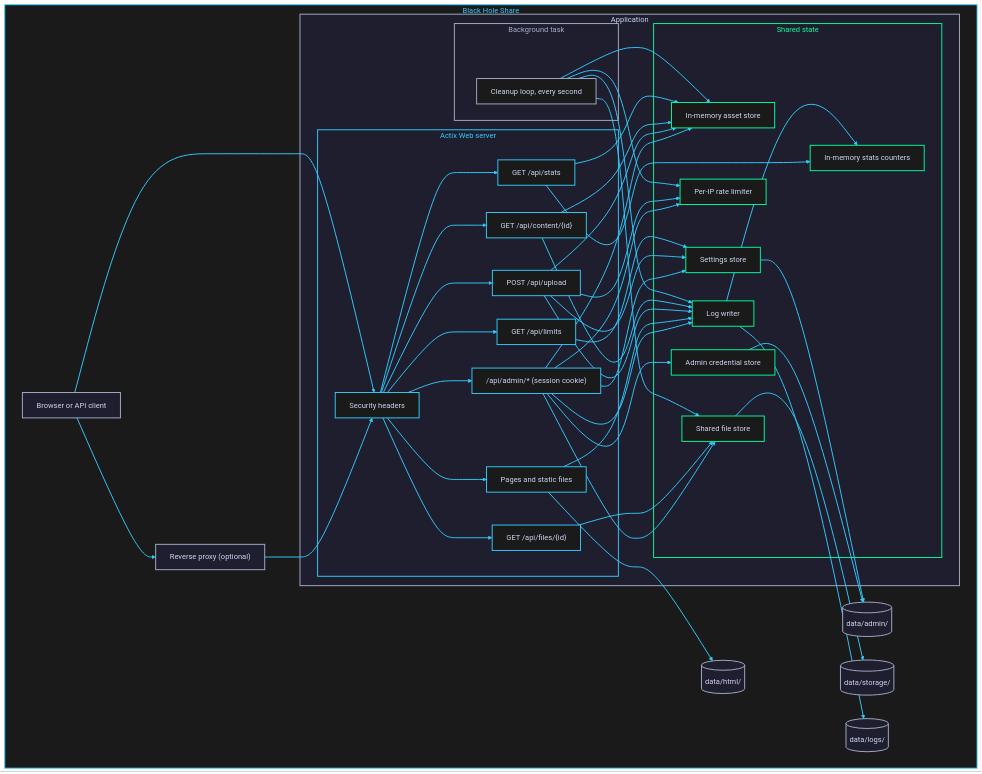
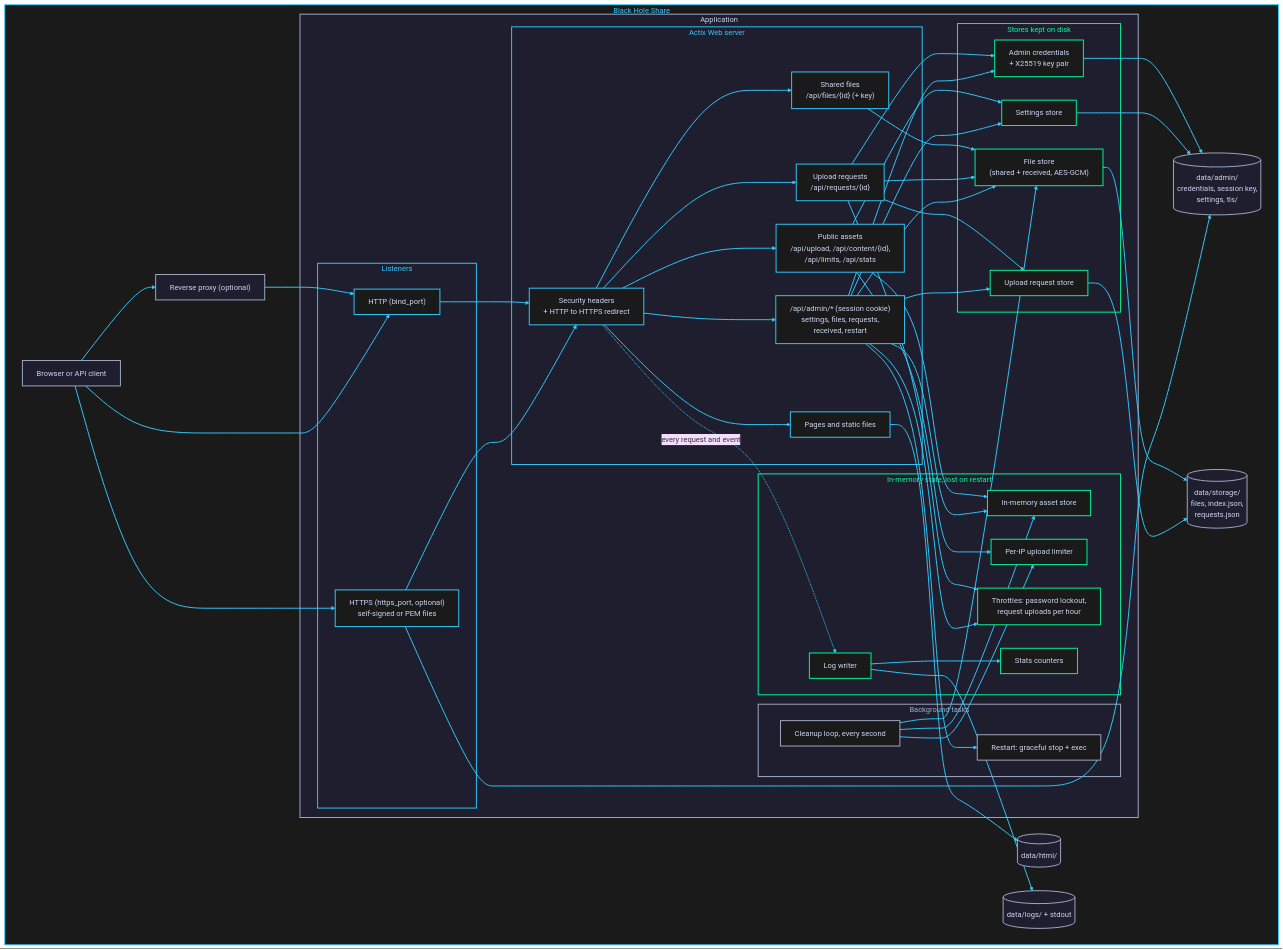
One commit to icsboyx/black_hole_share changed the diagram in docs/block-diagram.md. Above: the diagram before and after it, drawn with Mermaid. The commit also changed other lines of this file and 5 other files, not shown here.

First line of the commit message:
Enhance documentation and add new admin and API sections

````diff
--- a/docs/block-diagram.md
+++ b/docs/block-diagram.md
@@ -7,82 +9,91 @@
         Client["Browser or API client"]
         Proxy["Reverse proxy (optional)"]
         HtmlFiles[("data/html/")]
-        LogFiles[("data/logs/")]
-        AdminFiles[("data/admin/")]
-        StorageFiles[("data/storage/")]
+        LogFiles[("data/logs/ + stdout")]
+        AdminFiles[("data/admin/<br/>credentials, session key,<br/>settings, tls/")]
+        StorageFiles[("data/storage/<br/>files, index.json,<br/>requests.json")]
 
         subgraph Process["Application"]
-            subgraph Web["Actix Web server"]
-                Headers["Security headers"]
-                Pages["Pages and static files"]
-                Upload["POST /api/upload"]
-                Content["GET /api/content/{id}"]
-                Stats["GET /api/stats"]
-                Limits["GET /api/limits"]
-                FileApi["GET /api/files/{id}"]
-                Admin["/api/admin/* (session cookie)"]
+            subgraph Listeners["Listeners"]
+                Http["HTTP (bind_port)"]
+                Https["HTTPS (https_port, optional)<br/>self-signed or PEM files"]
             end
 
-            subgraph Background["Background task"]
-                Cleanup["Cleanup loop, every second"]
+            subgraph Web["Actix Web server"]
+                Headers["Security headers<br/>+ HTTP to HTTPS redirect"]
+                Pages["Pages and static files"]
+                PublicApi["Public assets<br/>/api/upload, /api/content/{id},<br/>/api/limits, /api/stats"]
+                FileApi["Shared files<br/>/api/files/{id} (+ key)"]
+                RequestApi["Upload requests<br/>/api/requests/{id}"]
+                Admin["/api/admin/* (session cookie)<br/>settings, files, requests,<br/>received, restart"]
             end
 
-            subgraph State["Shared state"]
+            subgraph Background["Background tasks"]
+                Cleanup["Cleanup loop, every second"]
+                Restart["Restart: graceful stop + exec"]
+            end
+
+            subgraph Memory["In-memory state, lost on restart"]
                 Store["In-memory asset store"]
-                Limit["Per-IP rate limiter"]
+                Limit["Per-IP upload limiter"]
+                Throttle["Throttles: password lockout,<br/>request uploads per hour"]
+                Counters["Stats counters"]
                 Logger["Log writer"]
-                Counters["In-memory stats counters"]
-                Creds["Admin credential store"]
+            end
+
+            subgraph Persistent["Stores kept on disk"]
+                Creds["Admin credentials<br/>+ X25519 key pair"]
                 Settings["Settings store"]
-                Files["Shared file store"]
+                Files["File store<br/>(shared + received, AES-GCM)"]
+                Requests["Upload request store"]
             end
         end
     end
 
     Client --> Proxy
-    Proxy --> Headers
-    Client --> Headers
+    Proxy --> Http
+    Client --> Http
+    Client --> Https
+    Http --> Headers
+    Https --> Headers
 
     Headers --> Pages
-    Headers --> Upload
-    Headers --> Content
-    Headers --> Stats
-    Headers --> Limits
+    Headers --> PublicApi
     Headers --> FileApi
+    Headers --> RequestApi
     Headers --> Admin
 
+    Pages --> HtmlFiles
+    Headers -. "every request and event" .-> Logger
+
+    PublicApi --> Store
+    PublicApi --> Limit
+    PublicApi --> Settings
+
+    FileApi --> Files
+
+    RequestApi --> Requests
+    RequestApi --> Throttle
+    RequestApi --> Creds
+    RequestApi --> Files
+
     Admin --> Creds
+    Admin --> Throttle
+    Admin --> Settings
     Admin --> Store
-    Admin --> Limit
-    Admin --> Logger
-    Creds --> AdminFiles
-    Admin --> Settings
-    Settings --> AdminFiles
     Admin --> Files
-    FileApi --> Files
-    Files --> StorageFiles
-    Cleanup --> Files
-
-    Pages --> HtmlFiles
-    Pages --> Logger
-
-    Upload --> Settings
-    Upload --> Limit
-    Upload --> Store
-    Upload --> Logger
-
-    Content --> Store
-    Content --> Logger
-
-    Stats --> Store
-    Stats --> Counters
-
-    Limits --> Settings
+    Admin --> Requests
+    Admin --> Restart
 
     Cleanup --> Store
     Cleanup --> Limit
-    Cleanup --> Logger
+    Cleanup --> Files
 
+    Creds --> AdminFiles
+    Settings --> AdminFiles
+    Https --> AdminFiles
+    Files --> StorageFiles
+    Requests --> StorageFiles
     Logger --> Counters
     Logger --> LogFiles
 
@@ -92,15 +103,17 @@
     classDef state fill:#1a1a1a,stroke:#00ff99,stroke-width:2px,color:#cdd6f4
 
     class Client,Proxy,HtmlFiles,LogFiles,AdminFiles,StorageFiles external
-    class Headers,Pages,Upload,Content,Stats,Limits,FileApi,Admin web
-    class Cleanup task
-    class Store,Limit,Logger,Counters,Creds,Settings,Files state
+    class Http,Https,Headers,Pages,PublicApi,FileApi,RequestApi,Admin web
+    class Cleanup,Restart task
+    class Store,Limit,Throttle,Logger,Counters,Creds,Settings,Files,Requests state
 
     style Overview fill:#1a1a1a,stroke:#33ccff,stroke-width:2px,color:#33ccff
     style Process fill:#1e1e2e,stroke:#a6adc8,stroke-width:2px,color:#cdd6f4
+    style Listeners fill:#1e1e2e,stroke:#33ccff,stroke-width:2px,color:#33ccff
     style Web fill:#1e1e2e,stroke:#33ccff,stroke-width:2px,color:#33ccff
     style Background fill:#1e1e2e,stroke:#a6adc8,stroke-width:2px,color:#a6adc8
-    style State fill:#1e1e2e,stroke:#00ff99,stroke-width:2px,color:#00ff99
+    style Memory fill:#1e1e2e,stroke:#00ff99,stroke-width:2px,color:#00ff99
+    style Persistent fill:#1e1e2e,stroke:#00ff99,stroke-width:2px,color:#00ff99
 
     linkStyle default stroke:#33ccff,stroke-width:2px
 ```
````
